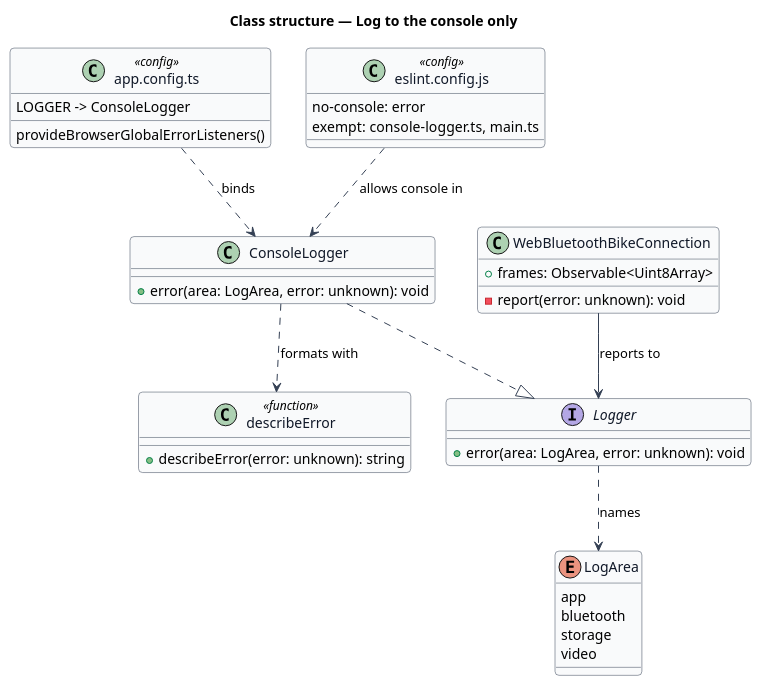
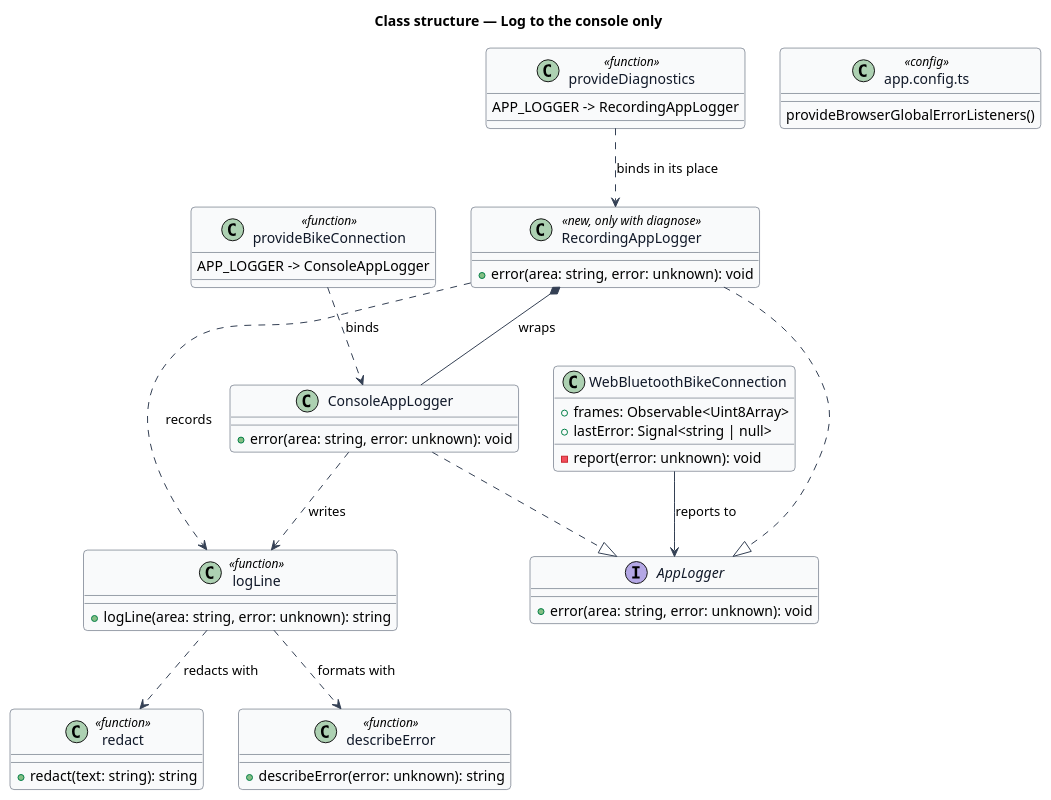
The diagram in docs/detailed-designs/security/log-to-the-console-only/diagrams/class-structure.puml (QuinntyneBrown/ride-one), drawn with PlantUML before and after one commit. The commit also changed 45 other files, not shown here.

First line of the commit message:
Design the diagnostic recording and bring ten designs in line (L2-178)

```diff
--- a/docs/detailed-designs/security/log-to-the-console-only/diagrams/class-structure.puml
+++ b/docs/detailed-designs/security/log-to-the-console-only/diagrams/class-structure.puml
@@ -1,56 +1,68 @@
 @startuml
 ' --- shared skin header ---
 skinparam backgroundColor #FFFFFF
 skinparam shadowing false
 skinparam roundcorner 8
 skinparam defaultFontName Arial
 skinparam ArrowColor #344054
 skinparam class {
   BorderColor #344054
   FontColor #101828
   BackgroundColor #F9FAFB
 }
 ' --------------------------
 title Class structure — Log to the console only
 
-interface Logger {
-  +error(area: LogArea, error: unknown): void
+interface AppLogger {
+  +error(area: string, error: unknown): void
 }
 
-enum LogArea {
-  app
-  bluetooth
-  storage
-  video
+class ConsoleAppLogger {
+  +error(area: string, error: unknown): void
 }
 
-class ConsoleLogger {
-  +error(area: LogArea, error: unknown): void
+class RecordingAppLogger <<new, only with diagnose>> {
+  +error(area: string, error: unknown): void
+}
+
+class "redact" as redact <<function>> {
+  +redact(text: string): string
+}
+
+class "logLine" as logLine <<function>> {
+  +logLine(area: string, error: unknown): string
 }
 
 class "describeError" as describeError <<function>> {
   +describeError(error: unknown): string
 }
 
 class WebBluetoothBikeConnection {
   +frames: Observable<Uint8Array>
+  +lastError: Signal<string | null>
   -report(error: unknown): void
+}
+
+class "provideBikeConnection" as provide <<function>> {
+  APP_LOGGER -> ConsoleAppLogger
+}
+
+class "provideDiagnostics" as diagnostics <<function>> {
+  APP_LOGGER -> RecordingAppLogger
 }
 
 class "app.config.ts" as appConfig <<config>> {
   provideBrowserGlobalErrorListeners()
-  LOGGER -> ConsoleLogger
 }
 
-class "eslint.config.js" as eslint <<config>> {
-  no-console: error
-  exempt: console-logger.ts, main.ts
-}
-
-ConsoleLogger ..|> Logger
-Logger ..> LogArea : names
-ConsoleLogger ..> describeError : formats with
-WebBluetoothBikeConnection --> Logger : reports to
-appConfig ..> ConsoleLogger : binds
-eslint ..> ConsoleLogger : allows console in
+ConsoleAppLogger ..|> AppLogger
+RecordingAppLogger ..|> AppLogger
+RecordingAppLogger *-- ConsoleAppLogger : wraps
+ConsoleAppLogger ..> logLine : writes
+RecordingAppLogger ..> logLine : records
+logLine ..> describeError : formats with
+logLine ..> redact : redacts with
+WebBluetoothBikeConnection --> AppLogger : reports to
+provide ..> ConsoleAppLogger : binds
+diagnostics ..> RecordingAppLogger : binds in its place
 @enduml
```
